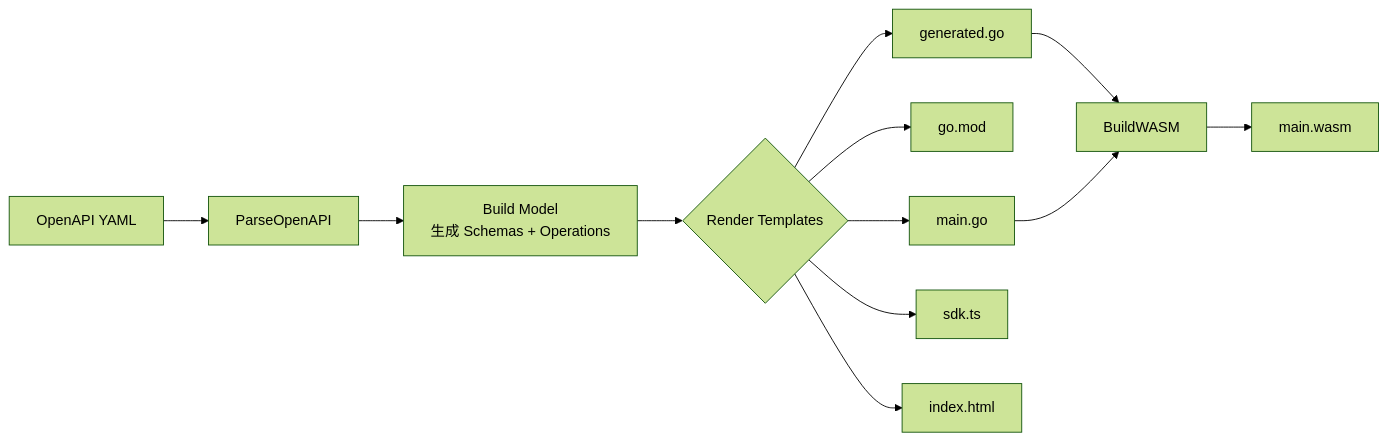
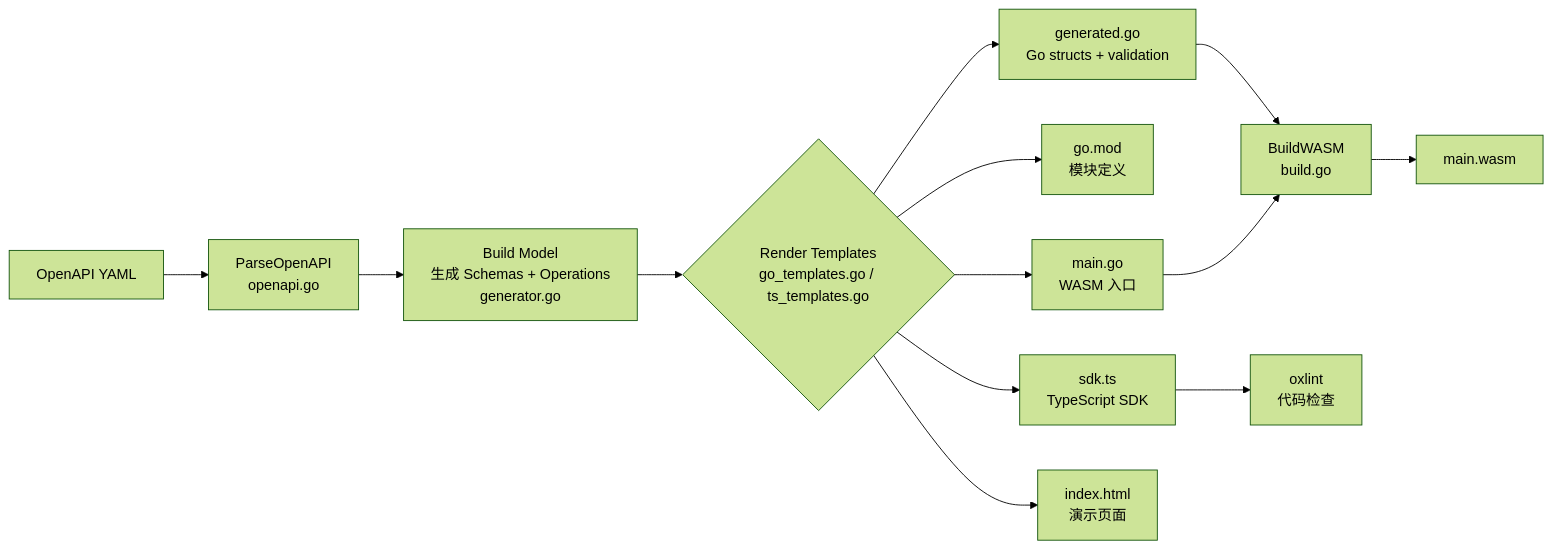
The third of 6 diagrams in docs/architecture.md (fred29910/go_wasm_lib2), drawn with Mermaid (forest theme) before and after one commit. The commit also changed other lines of this file and 6 other files, not shown here.

````diff
--- a/docs/architecture.md
+++ b/docs/architecture.md
@@ -116,14 +208,15 @@
 ```mermaid
 flowchart LR
-    A[OpenAPI YAML] --> B[ParseOpenAPI]
-    B --> C[Build Model<br/>生成 Schemas + Operations]
-    C --> D{Render Templates}
-    D --> E[generated.go]
-    D --> F[go.mod]
-    D --> G[main.go]
-    D --> H[sdk.ts]
-    D --> I[index.html]
-    E --> J[BuildWASM]
+    A[OpenAPI YAML] --> B[ParseOpenAPI<br/>openapi.go]
+    B --> C[Build Model<br/>生成 Schemas + Operations<br/>generator.go]
+    C --> D{Render Templates<br/>go_templates.go / ts_templates.go}
+    D --> E[generated.go<br/>Go structs + validation]
+    D --> F[go.mod<br/>模块定义]
+    D --> G[main.go<br/>WASM 入口]
+    D --> H[sdk.ts<br/>TypeScript SDK]
+    D --> I[index.html<br/>演示页面]
+    E --> J[BuildWASM<br/>build.go]
     G --> J
     J --> K[main.wasm]
+    H --> L[oxlint<br/>代码检查]
 ```
````
